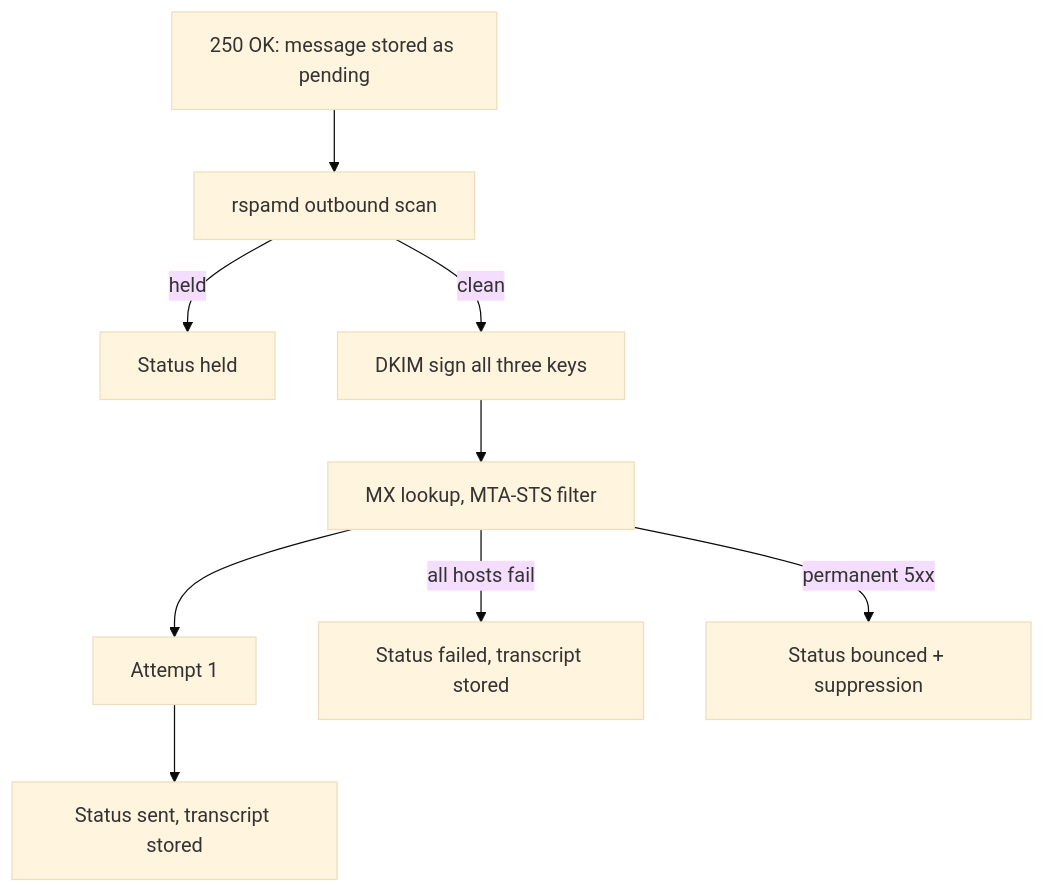
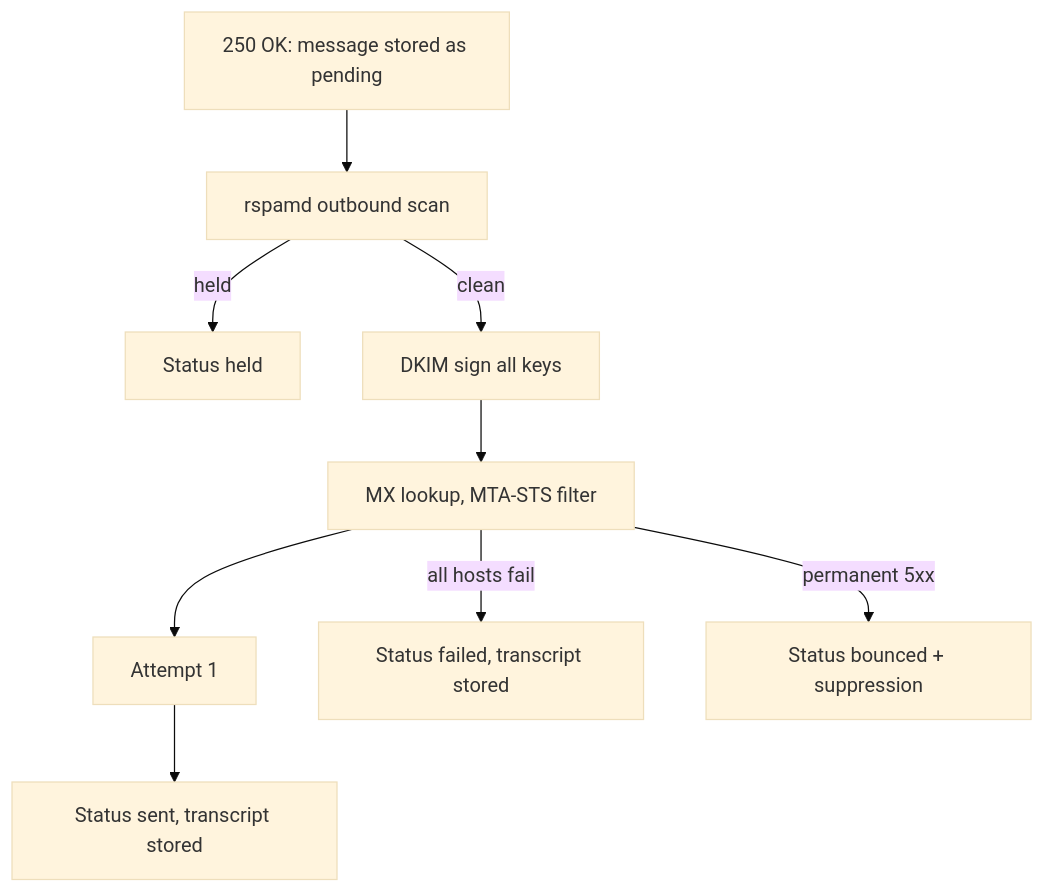
Before and after one commit to codingjoe/relay: the first of 2 diagrams in docs/docs/reliability.md, drawn with Mermaid (base theme). The commit also changed 3 other files, not shown here.

````diff
--- a/docs/docs/reliability.md
+++ b/docs/docs/reliability.md
@@ -18,11 +18,11 @@
 ```mermaid
 flowchart TD
     A[250 OK: message stored as pending] --> B[rspamd outbound scan]
     B -- held --> C[Status held]
-    B -- clean --> D[DKIM sign all three keys]
+    B -- clean --> D[DKIM sign all keys]
     D --> E[MX lookup, MTA-STS filter]
     E --> F[Attempt 1]
     F --> G[Status sent, transcript stored]
     E -- all hosts fail --> H[Status failed, transcript stored]
     E -- permanent 5xx --> I[Status bounced + suppression]
 ```
````
